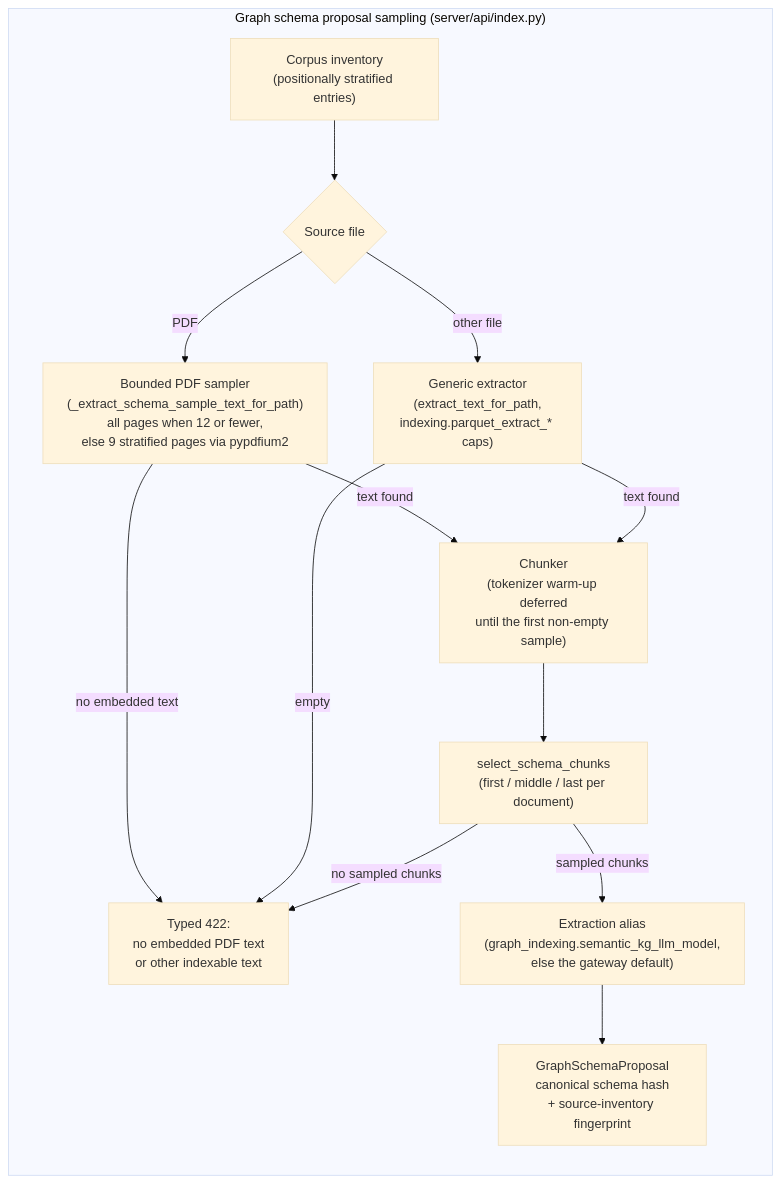
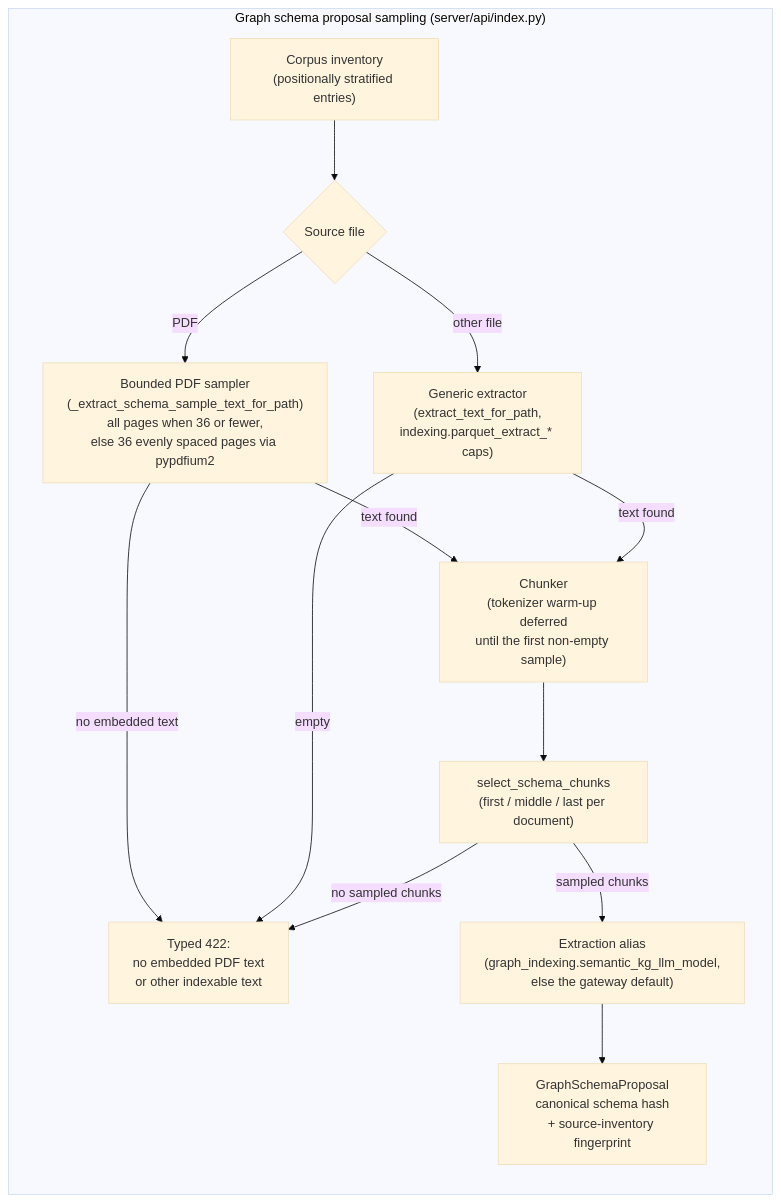
Before and after one commit to DMontgomery40/ragweld: the first of 3 diagrams in mkdocs/docs/indexing.md, drawn with Mermaid (base theme). The commit also changed other lines of this file and 16 other files, not shown here.

````diff
--- a/mkdocs/docs/indexing.md
+++ b/mkdocs/docs/indexing.md
@@ -195,25 +196,25 @@
 ```mermaid
 flowchart LR
   subgraph s_prop["Graph schema proposal sampling (server/api/index.py)"]
     INV["Corpus inventory\n(positionally stratified entries)"]
     EX{"Source file"}
-    PDFS["Bounded PDF sampler\n(_extract_schema_sample_text_for_path)\nall pages when 12 or fewer,\nelse 9 stratified pages via pypdfium2"]
+    PDFS["Bounded PDF sampler\n(_extract_schema_sample_text_for_path)\nall pages when 36 or fewer,\nelse 36 evenly spaced pages via pypdfium2"]
     TX["Generic extractor\n(extract_text_for_path,\nindexing.parquet_extract_* caps)"]
     CH["Chunker\n(tokenizer warm-up deferred\nuntil the first non-empty sample)"]
     SEL["select_schema_chunks\n(first / middle / last per document)"]
     ALIAS["Extraction alias\n(graph_indexing.semantic_kg_llm_model,\nelse the gateway default)"]
     PROP["GraphSchemaProposal\ncanonical schema hash\n+ source-inventory fingerprint"]
     REF["Typed 422:\nno embedded PDF text\nor other indexable text"]
   end
   INV --> EX
   EX -->|"PDF"| PDFS
   EX -->|"other file"| TX
   PDFS -->|"text found"| CH
   PDFS -->|"no embedded text"| REF
   TX -->|"text found"| CH
   TX -->|"empty"| REF
   CH --> SEL
   SEL -->|"no sampled chunks"| REF
   SEL -->|"sampled chunks"| ALIAS
   ALIAS --> PROP
 ```
````
